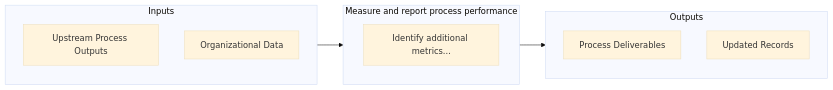
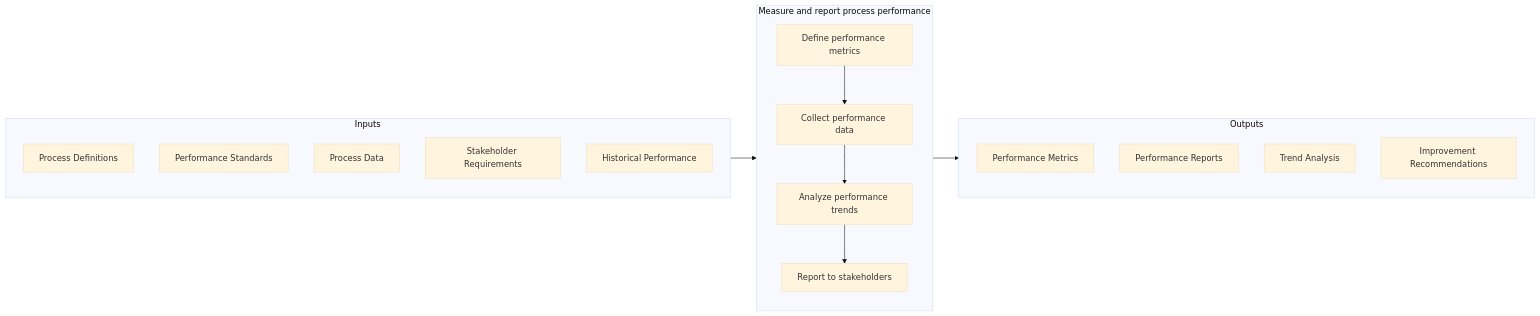
The second of 2 diagrams in processes/13-Capabilities/13.1-ManageBusinessProcesses/13.1.4-ManageProcessPerformance/13.1.4.3-MeasureReportProcessPerformance/index.mdx (kziemski/business.org.ai), drawn with Mermaid (base theme) before and after one commit. The commit also changed other lines of this file and 885 other files, not shown here.

````diff
--- a/processes/13-Capabilities/13.1-ManageBusinessProcesses/13.1.4-ManageProcessPerformance/13.1.4.3-MeasureReportProcessPerformance/index.mdx
+++ b/processes/13-Capabilities/13.1-ManageBusinessProcesses/13.1.4-ManageProcessPerformance/13.1.4.3-MeasureReportProcessPerformance/index.mdx
@@ -60,18 +64,29 @@
 ```mermaid
 flowchart LR
     subgraph Inputs["Inputs"]
-        I1["Upstream Process Outputs"]
-        I2["Organizational Data"]
+        I1["Process Definitions"]
+        I2["Performance Standards"]
+        I3["Process Data"]
+        I4["Stakeholder Requirements"]
+        I5["Historical Performance"]
     end
 
     subgraph Process["Measure and report process performance"]
-        S1["Identify additional metrics..."]
+        S1["Define performance metrics"]
+        S2["Collect performance data"]
+        S3["Analyze performance trends"]
+        S4["Report to stakeholders"]
     end
 
     subgraph Outputs["Outputs"]
-        O1["Process Deliverables"]
-        O2["Updated Records"]
+        O1["Performance Metrics"]
+        O2["Performance Reports"]
+        O3["Trend Analysis"]
+        O4["Improvement Recommendations"]
     end
 
     Inputs --> Process --> Outputs
+    S1 --> S2
+    S2 --> S3
+    S3 --> S4
 ```
````
